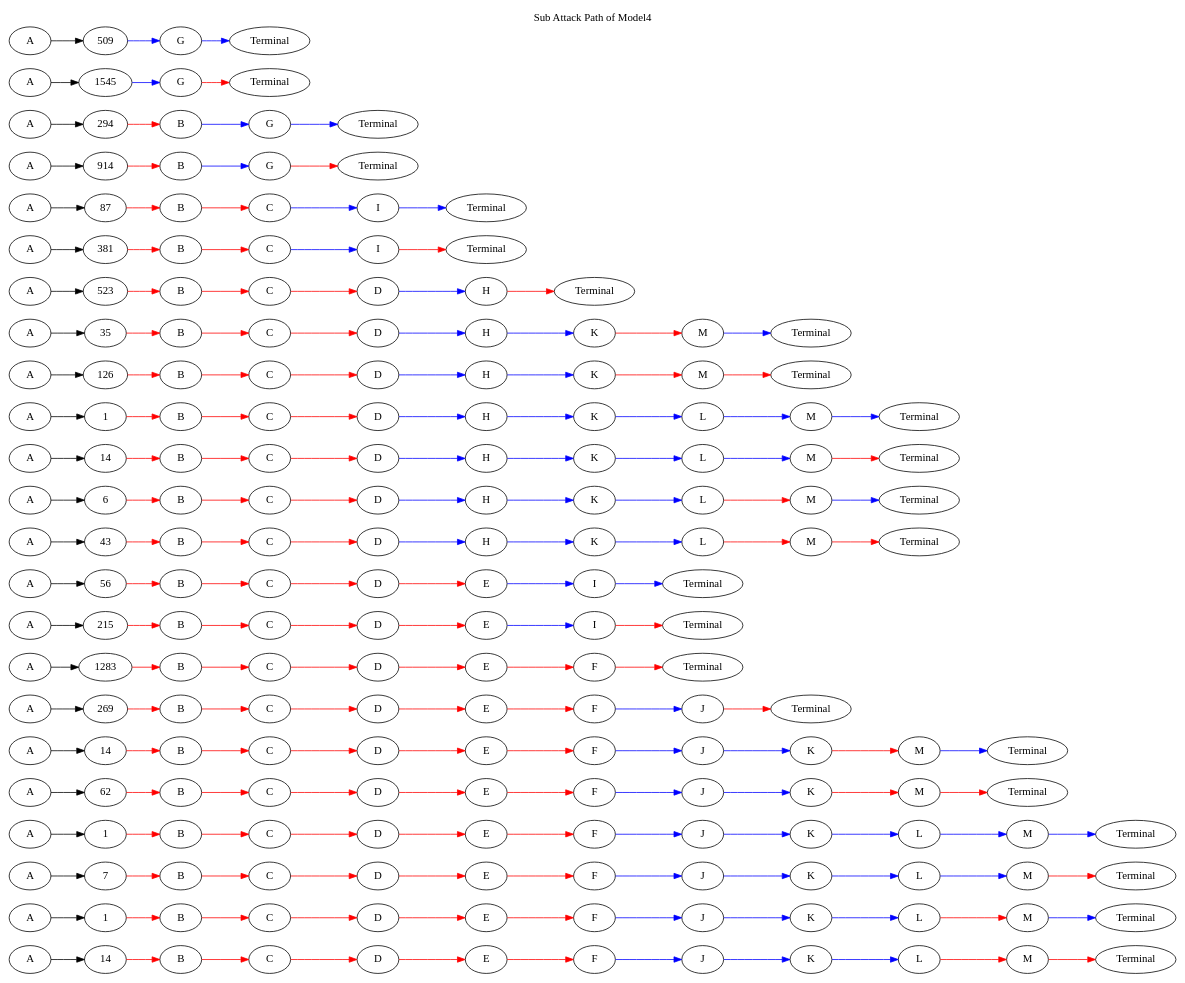
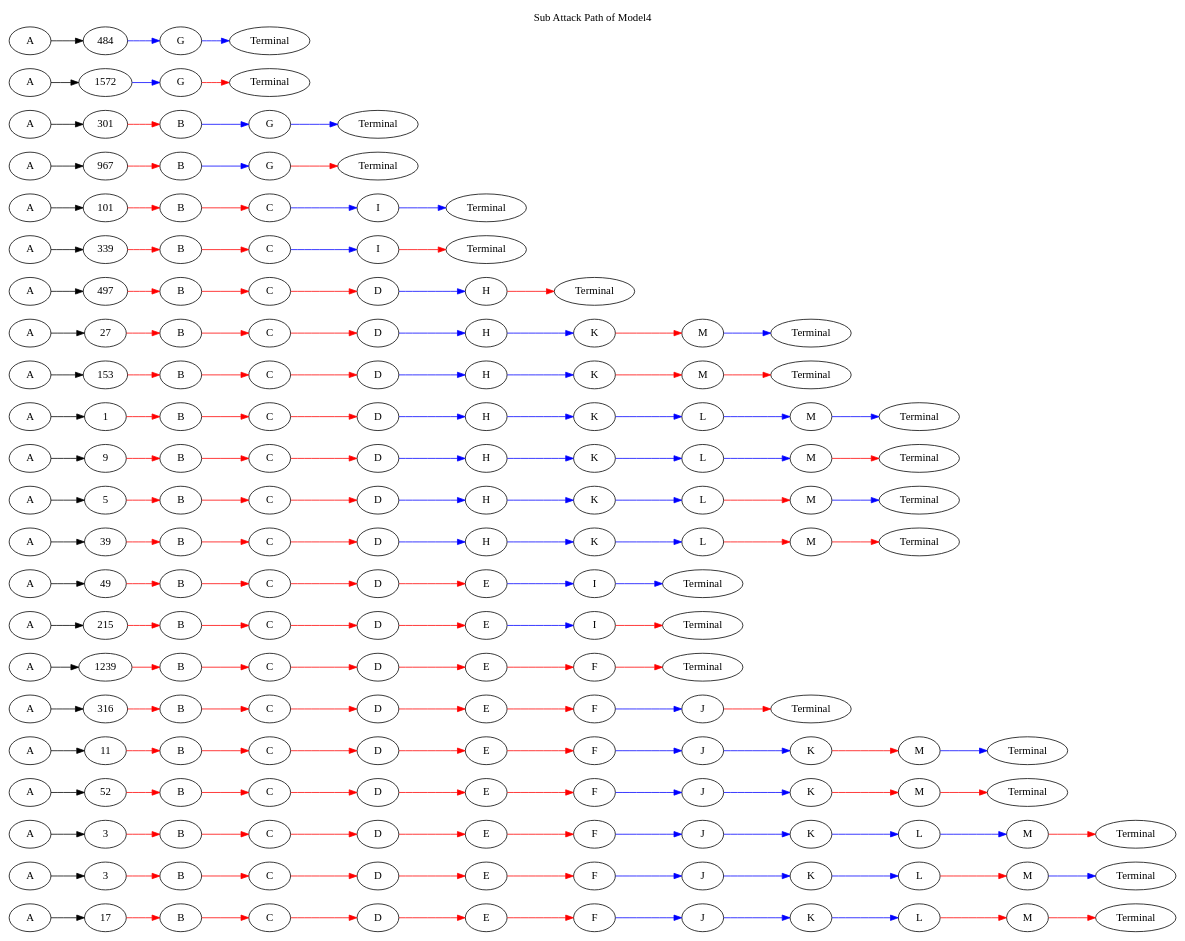
Before and after one commit to riasati/EvaluatingCSA: the diagram in BPMN-Network-Model/Model4/graph/SubAttackPath.gv, drawn with Graphviz. The commit also changed 47 other files, not shown here.

```diff
--- a/BPMN-Network-Model/Model4/graph/SubAttackPath.gv
+++ b/BPMN-Network-Model/Model4/graph/SubAttackPath.gv
@@ -2,7 +2,7 @@
 digraph SubAttackPathModel {
 	graph [label="Sub Attack Path of Model4" labelloc=t rankdir=LR]
 	A1 [label=A]
-	number_of_attack1 [label=14]
+	number_of_attack1 [label=17]
 	A1 -> number_of_attack1
 	B1 [label=B]
 	number_of_attack1 -> B1 [color=red]
@@ -25,7 +25,7 @@
 	Terminal1 [label=Terminal]
 	M1 -> Terminal1 [color=red]
 	A2 [label=A]
-	number_of_attack2 [label=1]
+	number_of_attack2 [label=3]
 	A2 -> number_of_attack2
 	B2 [label=B]
 	number_of_attack2 -> B2 [color=red]
@@ -48,7 +48,7 @@
 	Terminal2 [label=Terminal]
 	M2 -> Terminal2 [color=blue]
 	A3 [label=A]
-	number_of_attack3 [label=7]
+	number_of_attack3 [label=3]
 	A3 -> number_of_attack3
 	B3 [label=B]
 	number_of_attack3 -> B3 [color=red]
@@ -71,7 +71,7 @@
 	Terminal3 [label=Terminal]
 	M3 -> Terminal3 [color=red]
 	A4 [label=A]
-	number_of_attack4 [label=1]
+	number_of_attack4 [label=52]
 	A4 -> number_of_attack4
 	B4 [label=B]
 	number_of_attack4 -> B4 [color=red]
@@ -87,14 +87,12 @@
 	F4 -> J4 [color=blue]
 	K4 [label=K]
 	J4 -> K4 [color=blue]
-	L4 [label=L]
-	K4 -> L4 [color=blue]
 	M4 [label=M]
-	L4 -> M4 [color=blue]
+	K4 -> M4 [color=red]
 	Terminal4 [label=Terminal]
-	M4 -> Terminal4 [color=blue]
+	M4 -> Terminal4 [color=red]
 	A5 [label=A]
-	number_of_attack5 [label=62]
+	number_of_attack5 [label=11]
 	A5 -> number_of_attack5
 	B5 [label=B]
 	number_of_attack5 -> B5 [color=red]
@@ -113,9 +111,9 @@
 	M5 [label=M]
 	K5 -> M5 [color=red]
 	Terminal5 [label=Terminal]
-	M5 -> Terminal5 [color=red]
+	M5 -> Terminal5 [color=blue]
 	A6 [label=A]
-	number_of_attack6 [label=14]
+	number_of_attack6 [label=316]
 	A6 -> number_of_attack6
 	B6 [label=B]
 	number_of_attack6 -> B6 [color=red]
@@ -129,14 +127,10 @@
 	E6 -> F6 [color=red]
 	J6 [label=J]
 	F6 -> J6 [color=blue]
-	K6 [label=K]
-	J6 -> K6 [color=blue]
-	M6 [label=M]
-	K6 -> M6 [color=red]
 	Terminal6 [label=Terminal]
-	M6 -> Terminal6 [color=blue]
+	J6 -> Terminal6 [color=red]
 	A7 [label=A]
-	number_of_attack7 [label=269]
+	number_of_attack7 [label=1239]
 	A7 -> number_of_attack7
 	B7 [label=B]
 	number_of_attack7 -> B7 [color=red]
@@ -148,12 +142,10 @@
 	D7 -> E7 [color=red]
 	F7 [label=F]
 	E7 -> F7 [color=red]
-	J7 [label=J]
-	F7 -> J7 [color=blue]
 	Terminal7 [label=Terminal]
-	J7 -> Terminal7 [color=red]
+	F7 -> Terminal7 [color=red]
 	A8 [label=A]
-	number_of_attack8 [label=1283]
+	number_of_attack8 [label=215]
 	A8 -> number_of_attack8
 	B8 [label=B]
 	number_of_attack8 -> B8 [color=red]
@@ -163,12 +155,12 @@
 	C8 -> D8 [color=red]
 	E8 [label=E]
 	D8 -> E8 [color=red]
-	F8 [label=F]
-	E8 -> F8 [color=red]
+	I8 [label=I]
+	E8 -> I8 [color=blue]
 	Terminal8 [label=Terminal]
-	F8 -> Terminal8 [color=red]
+	I8 -> Terminal8 [color=red]
 	A9 [label=A]
-	number_of_attack9 [label=215]
+	number_of_attack9 [label=49]
 	A9 -> number_of_attack9
 	B9 [label=B]
 	number_of_attack9 -> B9 [color=red]
@@ -181,9 +173,9 @@
 	I9 [label=I]
 	E9 -> I9 [color=blue]
 	Terminal9 [label=Terminal]
-	I9 -> Terminal9 [color=red]
+	I9 -> Terminal9 [color=blue]
 	A10 [label=A]
-	number_of_attack10 [label=56]
+	number_of_attack10 [label=39]
 	A10 -> number_of_attack10
 	B10 [label=B]
 	number_of_attack10 -> B10 [color=red]
@@ -191,14 +183,18 @@
 	B10 -> C10 [color=red]
 	D10 [label=D]
 	C10 -> D10 [color=red]
-	E10 [label=E]
-	D10 -> E10 [color=red]
-	I10 [label=I]
-	E10 -> I10 [color=blue]
+	H10 [label=H]
+	D10 -> H10 [color=blue]
+	K10 [label=K]
+	H10 -> K10 [color=blue]
+	L10 [label=L]
+	K10 -> L10 [color=blue]
+	M10 [label=M]
+	L10 -> M10 [color=red]
 	Terminal10 [label=Terminal]
-	I10 -> Terminal10 [color=blue]
+	M10 -> Terminal10 [color=red]
 	A11 [label=A]
-	number_of_attack11 [label=43]
+	number_of_attack11 [label=5]
 	A11 -> number_of_attack11
 	B11 [label=B]
 	number_of_attack11 -> B11 [color=red]
@@ -215,9 +211,9 @@
 	M11 [label=M]
 	L11 -> M11 [color=red]
 	Terminal11 [label=Terminal]
-	M11 -> Terminal11 [color=red]
+	M11 -> Terminal11 [color=blue]
 	A12 [label=A]
-	number_of_attack12 [label=6]
+	number_of_attack12 [label=9]
 	A12 -> number_of_attack12
 	B12 [label=B]
 	number_of_attack12 -> B12 [color=red]
@@ -232,11 +228,11 @@
 	L12 [label=L]
 	K12 -> L12 [color=blue]
 	M12 [label=M]
-	L12 -> M12 [color=red]
+	L12 -> M12 [color=blue]
 	Terminal12 [label=Terminal]
-	M12 -> Terminal12 [color=blue]
+	M12 -> Terminal12 [color=red]
 	A13 [label=A]
-	number_of_attack13 [label=14]
+	number_of_attack13 [label=1]
 	A13 -> number_of_attack13
 	B13 [label=B]
 	number_of_attack13 -> B13 [color=red]
@@ -253,9 +249,9 @@
 	M13 [label=M]
 	L13 -> M13 [color=blue]
 	Terminal13 [label=Terminal]
-	M13 -> Terminal13 [color=red]
+	M13 -> Terminal13 [color=blue]
 	A14 [label=A]
-	number_of_attack14 [label=1]
+	number_of_attack14 [label=153]
 	A14 -> number_of_attack14
 	B14 [label=B]
 	number_of_attack14 -> B14 [color=red]
@@ -267,14 +263,12 @@
 	D14 -> H14 [color=blue]
 	K14 [label=K]
 	H14 -> K14 [color=blue]
-	L14 [label=L]
-	K14 -> L14 [color=blue]
 	M14 [label=M]
-	L14 -> M14 [color=blue]
+	K14 -> M14 [color=red]
 	Terminal14 [label=Terminal]
-	M14 -> Terminal14 [color=blue]
+	M14 -> Terminal14 [color=red]
 	A15 [label=A]
-	number_of_attack15 [label=126]
+	number_of_attack15 [label=27]
 	A15 -> number_of_attack15
 	B15 [label=B]
 	number_of_attack15 -> B15 [color=red]
@@ -289,9 +283,9 @@
 	M15 [label=M]
 	K15 -> M15 [color=red]
 	Terminal15 [label=Terminal]
-	M15 -> Terminal15 [color=red]
+	M15 -> Terminal15 [color=blue]
 	A16 [label=A]
-	number_of_attack16 [label=35]
+	number_of_attack16 [label=497]
 	A16 -> number_of_attack16
 	B16 [label=B]
 	number_of_attack16 -> B16 [color=red]
@@ -301,27 +295,21 @@
 	C16 -> D16 [color=red]
 	H16 [label=H]
 	D16 -> H16 [color=blue]
-	K16 [label=K]
-	H16 -> K16 [color=blue]
-	M16 [label=M]
-	K16 -> M16 [color=red]
 	Terminal16 [label=Terminal]
-	M16 -> Terminal16 [color=blue]
+	H16 -> Terminal16 [color=red]
 	A17 [label=A]
-	number_of_attack17 [label=523]
+	number_of_attack17 [label=339]
 	A17 -> number_of_attack17
 	B17 [label=B]
 	number_of_attack17 -> B17 [color=red]
 	C17 [label=C]
 	B17 -> C17 [color=red]
-	D17 [label=D]
-	C17 -> D17 [color=red]
-	H17 [label=H]
-	D17 -> H17 [color=blue]
+	I17 [label=I]
+	C17 -> I17 [color=blue]
 	Terminal17 [label=Terminal]
-	H17 -> Terminal17 [color=red]
+	I17 -> Terminal17 [color=red]
 	A18 [label=A]
-	number_of_attack18 [label=381]
+	number_of_attack18 [label=101]
 	A18 -> number_of_attack18
 	B18 [label=B]
 	number_of_attack18 -> B18 [color=red]
@@ -330,48 +318,37 @@
 	I18 [label=I]
 	C18 -> I18 [color=blue]
 	Terminal18 [label=Terminal]
-	I18 -> Terminal18 [color=red]
+	I18 -> Terminal18 [color=blue]
 	A19 [label=A]
-	number_of_attack19 [label=87]
+	number_of_attack19 [label=967]
 	A19 -> number_of_attack19
 	B19 [label=B]
 	number_of_attack19 -> B19 [color=red]
-	C19 [label=C]
-	B19 -> C19 [color=red]
-	I19 [label=I]
-	C19 -> I19 [color=blue]
+	G19 [label=G]
+	B19 -> G19 [color=blue]
 	Terminal19 [label=Terminal]
-	I19 -> Terminal19 [color=blue]
+	G19 -> Terminal19 [color=red]
 	A20 [label=A]
-	number_of_attack20 [label=914]
+	number_of_attack20 [label=301]
 	A20 -> number_of_attack20
 	B20 [label=B]
 	number_of_attack20 -> B20 [color=red]
 	G20 [label=G]
 	B20 -> G20 [color=blue]
 	Terminal20 [label=Terminal]
-	G20 -> Terminal20 [color=red]
+	G20 -> Terminal20 [color=blue]
 	A21 [label=A]
-	number_of_attack21 [label=294]
+	number_of_attack21 [label=1572]
 	A21 -> number_of_attack21
-	B21 [label=B]
-	number_of_attack21 -> B21 [color=red]
 	G21 [label=G]
-	B21 -> G21 [color=blue]
+	number_of_attack21 -> G21 [color=blue]
 	Terminal21 [label=Terminal]
-	G21 -> Terminal21 [color=blue]
+	G21 -> Terminal21 [color=red]
 	A22 [label=A]
-	number_of_attack22 [label=1545]
+	number_of_attack22 [label=484]
 	A22 -> number_of_attack22
 	G22 [label=G]
 	number_of_attack22 -> G22 [color=blue]
 	Terminal22 [label=Terminal]
-	G22 -> Terminal22 [color=red]
-	A23 [label=A]
-	number_of_attack23 [label=509]
-	A23 -> number_of_attack23
-	G23 [label=G]
-	number_of_attack23 -> G23 [color=blue]
-	Terminal23 [label=Terminal]
-	G23 -> Terminal23 [color=blue]
+	G22 -> Terminal22 [color=blue]
 }
```
